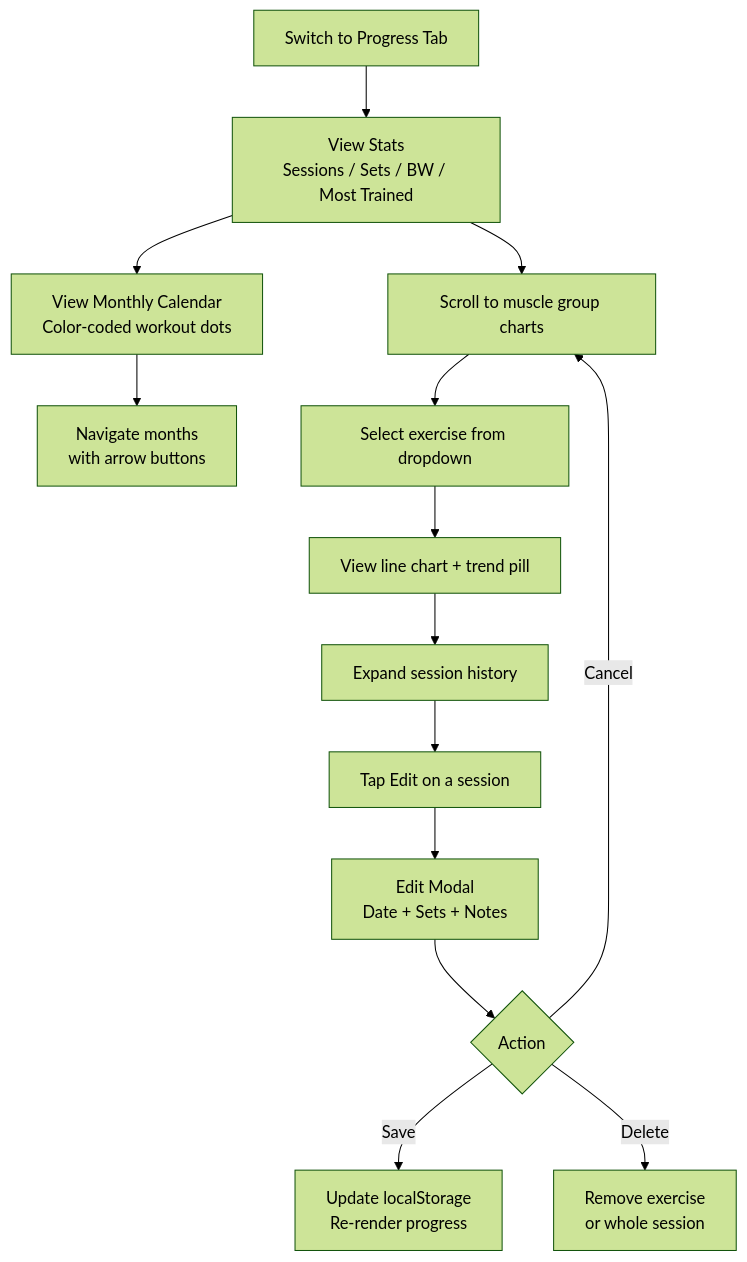
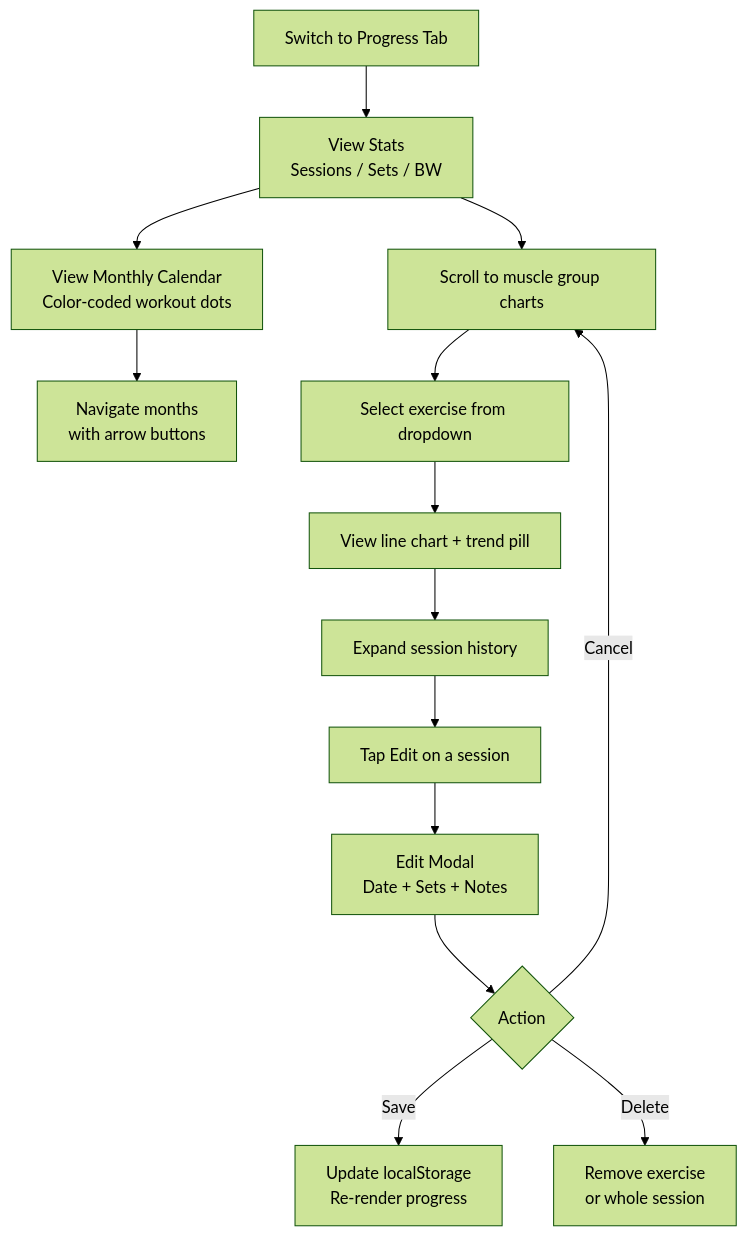
Before and after one commit to reidrussell-alt/plate-log: the sixth of 8 diagrams in ARCHITECTURE.md, drawn with Mermaid (forest theme). The commit also changed 2 other files, not shown here.

Commit message:
Refactor: delete getMostTrainedDay and its unused tally (REFACTOR_PLAN 1.8)
Removes the function, its test block and import in progress-logic.test.js, and
the sessionsByDay block in renderProgress that only fed it. Progress output
unchanged. ARCHITECTURE.md workflow 2 no longer lists a Most Trained stat (the
screen hasn't shown one).

````diff
--- a/ARCHITECTURE.md
+++ b/ARCHITECTURE.md
@@ -398,16 +398,16 @@
 ```mermaid
 flowchart TD
-    A[Switch to Progress Tab] --> B[View Stats\nSessions / Sets / BW / Most Trained]
+    A[Switch to Progress Tab] --> B[View Stats\nSessions / Sets / BW]
     B --> C[View Monthly Calendar\nColor-coded workout dots]
     C --> D[Navigate months\nwith arrow buttons]
     B --> E[Scroll to muscle group charts]
     E --> F[Select exercise from dropdown]
     F --> G[View line chart + trend pill]
     G --> H[Expand session history]
     H --> I[Tap Edit on a session]
     I --> J[Edit Modal\nDate + Sets + Notes]
     J --> K{Action}
     K -->|Save| L[Update localStorage\nRe-render progress]
     K -->|Delete| M[Remove exercise\nor whole session]
     K -->|Cancel| E
 ```
````
